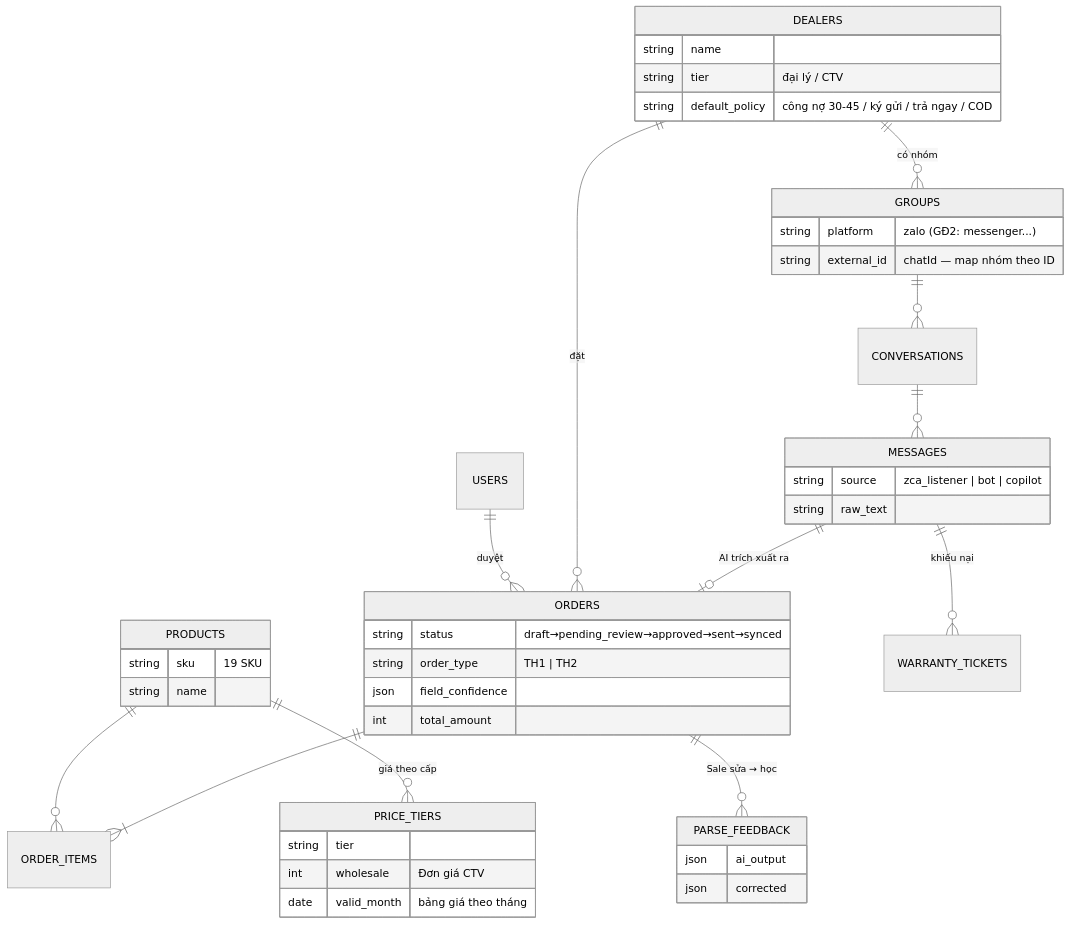
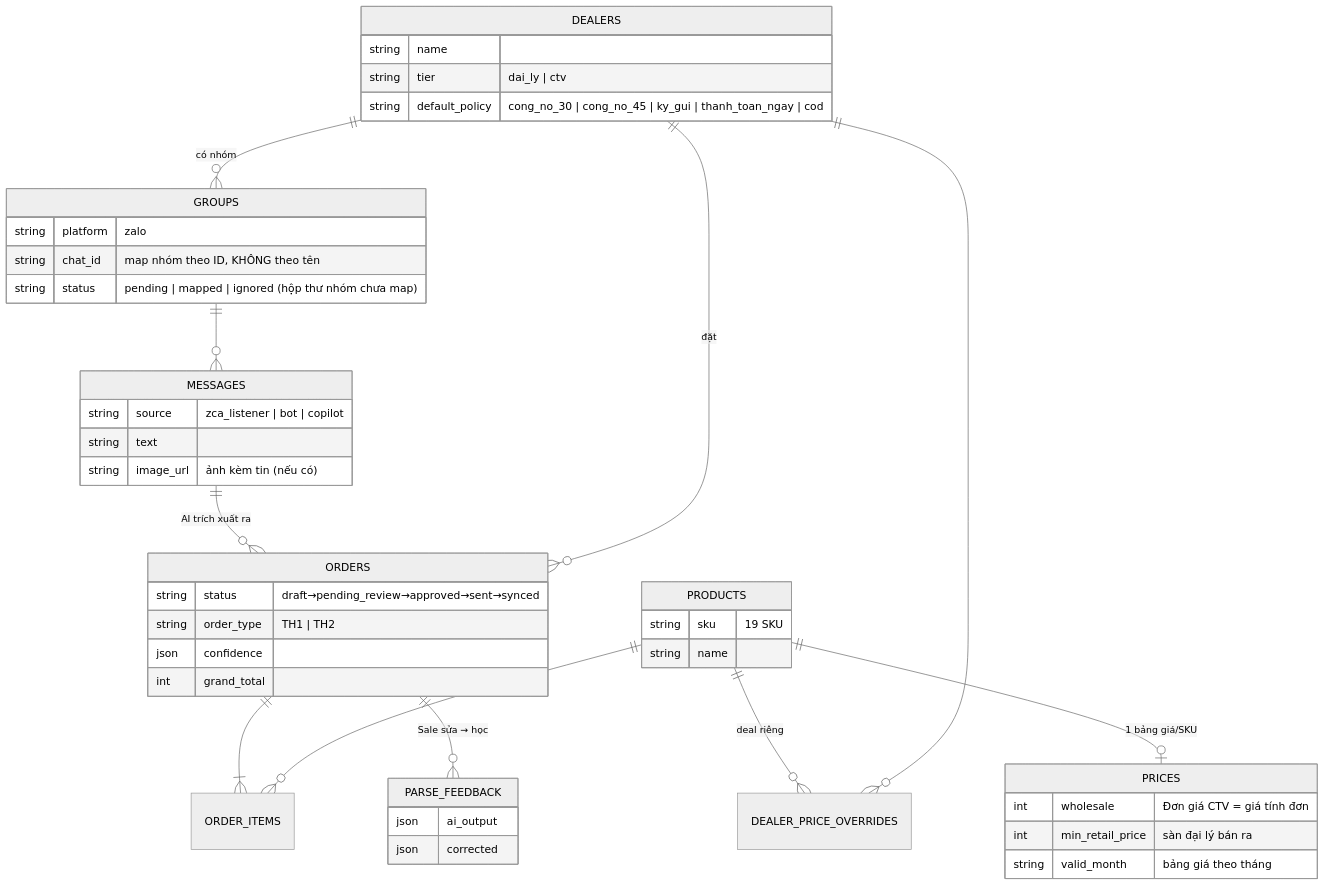
Before and after one commit to phungtienviet14-sketch/nexagnet-platform: the sixth of 8 diagrams in docs/so-do-he-thong.md, drawn with Mermaid (neutral theme). The commit also changed other lines of this file and 15 other files, not shown here.

````diff
--- a/docs/so-do-he-thong.md
+++ b/docs/so-do-he-thong.md
@@ -196,47 +197,48 @@
 ```mermaid
 erDiagram
     DEALERS ||--o{ GROUPS : "có nhóm"
-    GROUPS ||--o{ CONVERSATIONS : ""
-    CONVERSATIONS ||--o{ MESSAGES : ""
-    MESSAGES ||--o| ORDERS : "AI trích xuất ra"
+    GROUPS ||--o{ MESSAGES : ""
+    MESSAGES ||--o{ ORDERS : "AI trích xuất ra"
     ORDERS ||--|{ ORDER_ITEMS : ""
     PRODUCTS ||--o{ ORDER_ITEMS : ""
-    PRODUCTS ||--o{ PRICE_TIERS : "giá theo cấp"
+    PRODUCTS ||--o| PRICES : "1 bảng giá/SKU"
+    PRODUCTS ||--o{ DEALER_PRICE_OVERRIDES : "deal riêng"
+    DEALERS ||--o{ DEALER_PRICE_OVERRIDES : ""
     DEALERS ||--o{ ORDERS : "đặt"
     ORDERS ||--o{ PARSE_FEEDBACK : "Sale sửa → học"
-    USERS ||--o{ ORDERS : "duyệt"
-    MESSAGES ||--o{ WARRANTY_TICKETS : "khiếu nại"
 
     DEALERS {
         string name
-        string tier "đại lý / CTV"
-        string default_policy "công nợ 30-45 / ký gửi / trả ngay / COD"
+        string tier "dai_ly | ctv"
+        string default_policy "cong_no_30 | cong_no_45 | ky_gui | thanh_toan_ngay | cod"
     }
     GROUPS {
-        string platform "zalo (GĐ2: messenger...)"
-        string external_id "chatId — map nhóm theo ID"
+        string platform "zalo"
+        string chat_id "map nhóm theo ID, KHÔNG theo tên"
+        string status "pending | mapped | ignored (hộp thư nhóm chưa map)"
     }
     MESSAGES {
         string source "zca_listener | bot | copilot"
-        string raw_text
+        string text
+        string image_url "ảnh kèm tin (nếu có)"
     }
     ORDERS {
         string status "draft→pending_review→approved→sent→synced"
         string order_type "TH1 | TH2"
-        json field_confidence
-        int total_amount
+        json confidence
+        int grand_total
     }
     PRODUCTS {
         string sku "19 SKU"
         string name
     }
-    PRICE_TIERS {
-        string tier
-        int wholesale "Đơn giá CTV"
-        date valid_month "bảng giá theo tháng"
+    PRICES {
+        int wholesale "Đơn giá CTV = giá tính đơn"
+        int min_retail_price "sàn đại lý bán ra"
+        string valid_month "bảng giá theo tháng"
     }
     PARSE_FEEDBACK {
         json ai_output
         json corrected
     }
 ```
````
